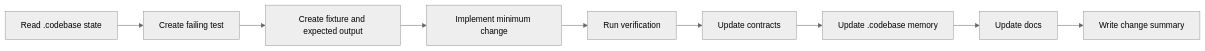
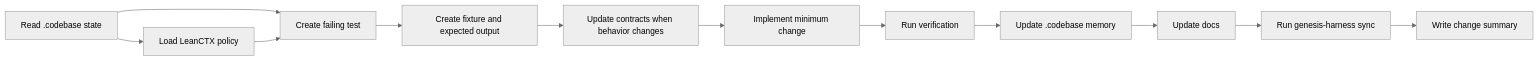
Before and after one commit to tuanpham09/codex-genesis-harness: the diagram in .codebase/PIPELINE_FLOW.md, drawn with Mermaid (neutral theme). The commit also changed other lines of this file and 51 other files, not shown here.

Commit message:
feat: enhance project observability with new monitoring schemas, workflow phases, and expanded integration tests

````diff
--- a/.codebase/PIPELINE_FLOW.md
+++ b/.codebase/PIPELINE_FLOW.md
@@ -3,11 +3,14 @@
 ```mermaid
 flowchart LR
   state["Read .codebase state"] --> test["Create failing test"]
+  state --> leanctx["Load LeanCTX policy"]
+  leanctx --> test
   test --> fixture["Create fixture and expected output"]
-  fixture --> impl["Implement minimum change"]
+  fixture --> contracts["Update contracts when behavior changes"]
+  contracts --> impl["Implement minimum change"]
   impl --> verify["Run verification"]
-  verify --> contracts["Update contracts"]
-  contracts --> memory["Update .codebase memory"]
+  verify --> memory["Update .codebase memory"]
   memory --> docs["Update docs"]
-  docs --> summary["Write change summary"]
+  docs --> sync["Run genesis-harness sync"]
+  sync --> summary["Write change summary"]
 ```
````
